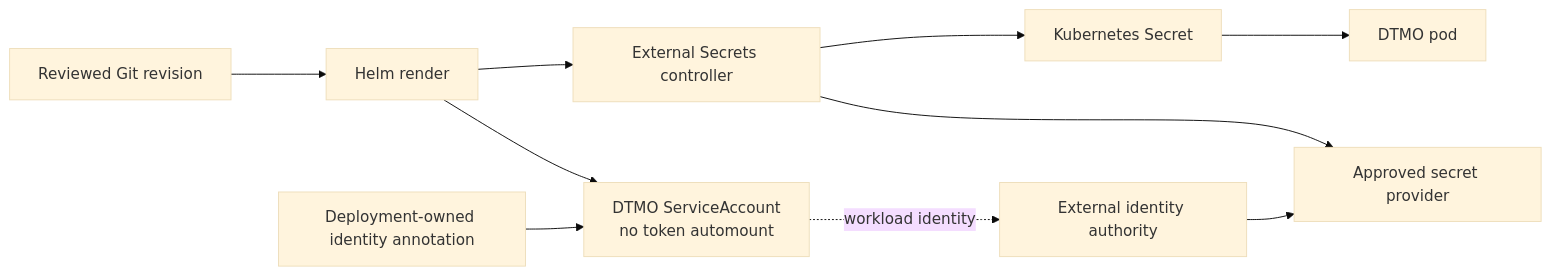
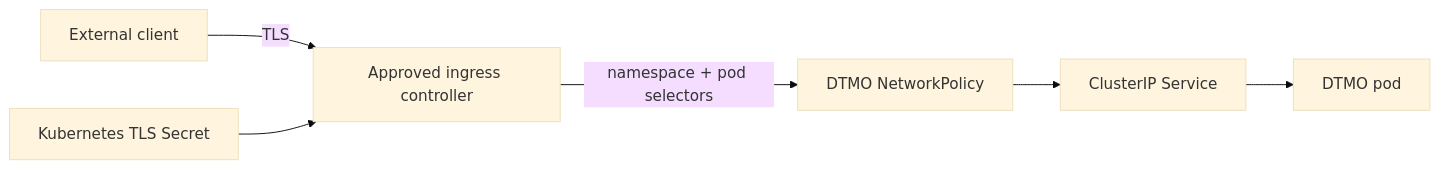
The diagram in docs/README.md (GJvManen/dtmo), drawn with Mermaid (base theme) before and after one commit. The commit also changed other lines of this file, not shown here.

````diff
--- a/docs/README.md
+++ b/docs/README.md
@@ -81,12 +83,8 @@
 ```mermaid
 flowchart LR
-    G[Reviewed Git revision] --> H[Helm render]
-    H --> SA[DTMO ServiceAccount\nno token automount]
-    A[Deployment-owned identity annotation] --> SA
-    SA -. workload identity .-> I[External identity authority]
-    I --> P[Approved secret provider]
-    E[External Secrets controller] --> P
-    H --> E
-    E --> S[Kubernetes Secret]
+    C[External client] -->|TLS| IC[Approved ingress controller]
+    IC -->|namespace + pod selectors| N[DTMO NetworkPolicy]
+    N --> S[ClusterIP Service]
     S --> D[DTMO pod]
+    T[Kubernetes TLS Secret] --> IC
 ```
````
